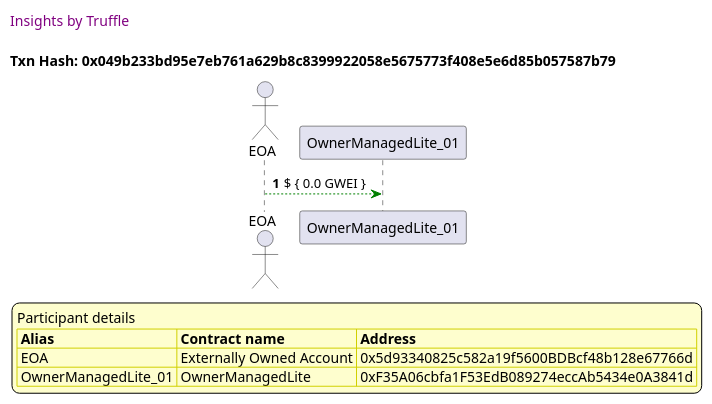
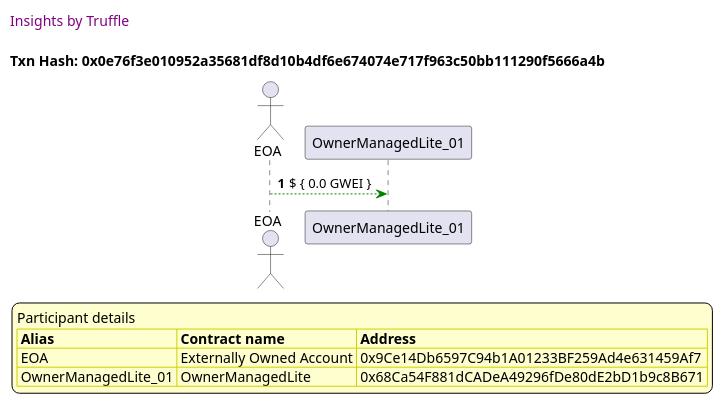
One commit to thedarkjester/ConsensysAssignment changed the fourth of 53 diagrams in truffle-seq/OwnerManagedLite_test_withdraw_and_fallback.md. Above: the diagram before and after it, drawn with PlantUML. The commit also changed other lines of this file and 13 other files, not shown here.

````diff
--- a/truffle-seq/OwnerManagedLite_test_withdraw_and_fallback.md
+++ b/truffle-seq/OwnerManagedLite_test_withdraw_and_fallback.md
@@ -145,36 +145,36 @@
 ```plantuml
 
 
 @startuml
 
 autonumber
 skinparam legendBackgroundColor #FEFECE
 
 <style>
       header {
         HorizontalAlignment left
         FontColor purple
         FontSize 14
         Padding 10
       }
     </style>
 
 header Insights by Truffle
 
-title Txn Hash: 0x049b233bd95e7eb761a629b8c8399922058e5675773f408e5e6d85b057587b79
+title Txn Hash: 0x0e76f3e010952a35681df8d10b4df6e674074e717f963c50bb111290f5666a4b
 
 
 actor EOA as "EOA"
 participant OwnerManagedLite_01 as "OwnerManagedLite_01"
 
 "EOA" -[#green]-> "OwnerManagedLite_01" : $ { 0.0 GWEI }
 
 legend
 Participant details
 <#FEFECE,#D0D000>|= Alias |= Contract name |= Address |
-<#FEFECE>| EOA | Externally Owned Account | 0x5d93340825c582a19f5600BDBcf48b128e67766d |
-<#FEFECE>| OwnerManagedLite_01 | OwnerManagedLite | 0xF35A06cbfa1F53EdB089274eccAb5434e0A3841d |
+<#FEFECE>| EOA | Externally Owned Account | 0x9Ce14Db6597C94b1A01233BF259Ad4e631459Af7 |
+<#FEFECE>| OwnerManagedLite_01 | OwnerManagedLite | 0x68Ca54F881dCADeA49296fDe80dE2bD1b9c8B671 |
 endlegend
 
 @enduml
 ```
````
